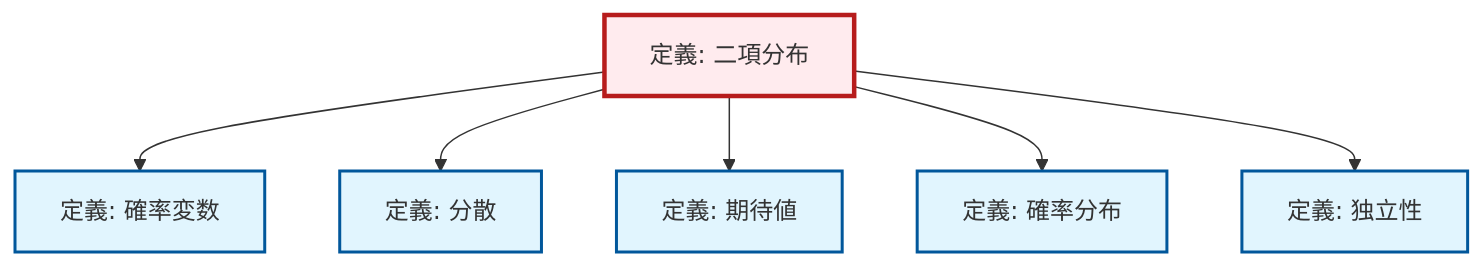
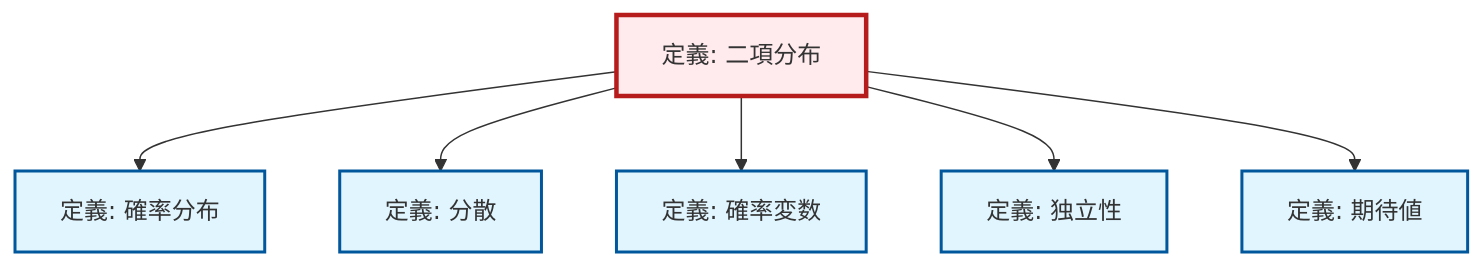
Before and after one commit to RK0429/ModernMath: the diagram in output/mermaid/ja/def-binomial-distribution.mermaid, drawn with Mermaid. The commit also changed other lines of this file and 321 other files, not shown here.

```diff
--- a/output/mermaid/ja/def-binomial-distribution.mermaid
+++ b/output/mermaid/ja/def-binomial-distribution.mermaid
@@ -1,19 +1,19 @@
 %%| fig-cap: "Local dependency graph"
 graph TD
     classDef definition fill:#e1f5fe,stroke:#01579b,stroke-width:2px
     classDef theorem fill:#f3e5f5,stroke:#4a148c,stroke-width:2px
     classDef axiom fill:#fff3e0,stroke:#e65100,stroke-width:2px
     classDef example fill:#e8f5e9,stroke:#1b5e20,stroke-width:2px
     classDef current fill:#ffebee,stroke:#b71c1c,stroke-width:3px
+    def-probability-distribution["定義: 確率分布"]:::definition
+    def-expectation["定義: 期待値"]:::definition
+    def-independence["定義: 独立性"]:::definition
+    def-variance["定義: 分散"]:::definition
     def-binomial-distribution["定義: 二項分布"]:::definition
-    def-probability-distribution["定義: 確率分布"]:::definition
     def-random-variable["定義: 確率変数"]:::definition
-    def-expectation["定義: 期待値"]:::definition
-    def-variance["定義: 分散"]:::definition
-    def-independence["定義: 独立性"]:::definition
+    def-binomial-distribution --> def-probability-distribution
+    def-binomial-distribution --> def-variance
     def-binomial-distribution --> def-random-variable
-    def-binomial-distribution --> def-variance
+    def-binomial-distribution --> def-independence
     def-binomial-distribution --> def-expectation
-    def-binomial-distribution --> def-probability-distribution
-    def-binomial-distribution --> def-independence
     class def-binomial-distribution current
```
